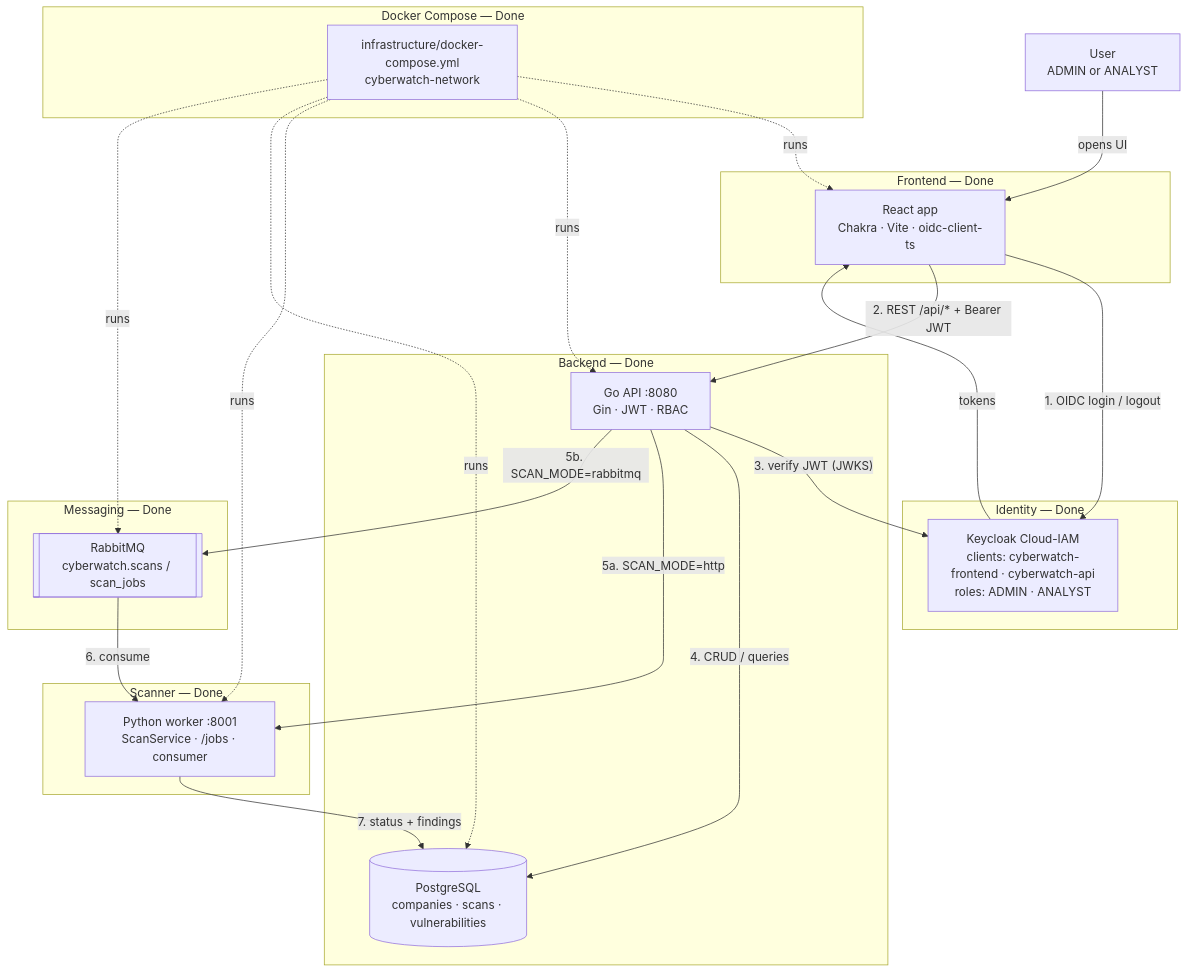
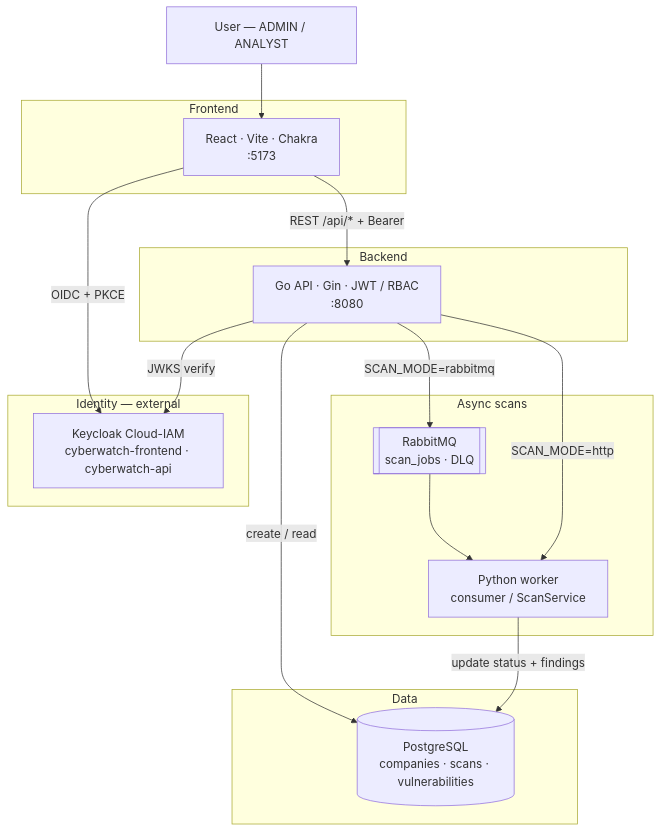
The first of 5 diagrams in README.md (ChakerYaakoub/CyberWatch), drawn with Mermaid before and after one commit. The commit also changed other lines of this file and 7 other files, not shown here.

Commit message:
fix(docs): rewrite README for current stack and add planned architecture

````diff
--- a/README.md
+++ b/README.md
@@ -48,45 +46,35 @@
 ```mermaid
 flowchart TB
-  User["User<br/>ADMIN or ANALYST"]
+  User["User — ADMIN / ANALYST"]
 
-  subgraph Client["Frontend — Done"]
-    FE["React app<br/>Chakra · Vite · oidc-client-ts"]
+  subgraph UI["Frontend"]
+    FE["React · Vite · Chakra<br/>:5173"]
   end
 
-  subgraph IdP["Identity — Done"]
-    KC["Keycloak Cloud-IAM<br/>clients: cyberwatch-frontend · cyberwatch-api<br/>roles: ADMIN · ANALYST"]
+  subgraph IdP["Identity — external"]
+    KC["Keycloak Cloud-IAM<br/>cyberwatch-frontend · cyberwatch-api"]
   end
 
-  subgraph APILayer["Backend — Done"]
-    API["Go API :8080<br/>Gin · JWT · RBAC"]
-    DB[("PostgreSQL<br/>companies · scans · vulnerabilities")]
+  subgraph API["Backend"]
+    GO["Go API · Gin · JWT / RBAC<br/>:8080"]
   end
 
-  subgraph Scanner["Scanner — Done"]
-    Worker["Python worker :8001<br/>ScanService · /jobs · consumer"]
+  subgraph Data["Data"]
+    PG[("PostgreSQL<br/>companies · scans · vulnerabilities")]
   end
 
-  subgraph Bus["Messaging — Done"]
-    MQ[["RabbitMQ<br/>cyberwatch.scans / scan_jobs"]]
+  subgraph Async["Async scans"]
+    MQ[["RabbitMQ<br/>scan_jobs · DLQ"]]
+    WK["Python worker<br/>consumer / ScanService"]
   end
 
-  subgraph Docker["Docker Compose — Done"]
-    DC["infrastructure/docker-compose.yml<br/>cyberwatch-network"]
-  end
-
-  User -->|"opens UI"| FE
-  FE -->|"1. OIDC login / logout"| KC
-  KC -->|"tokens"| FE
-  FE -->|"2. REST /api/* + Bearer JWT"| API
-  API -->|"3. verify JWT (JWKS)"| KC
-  API -->|"4. CRUD / queries"| DB
-  API -->|"5a. SCAN_MODE=http"| Worker
-  API -->|"5b. SCAN_MODE=rabbitmq"| MQ
-  MQ -->|"6. consume"| Worker
-  Worker -->|"7. status + findings"| DB
-  DC -.->|"runs"| FE
-  DC -.->|"runs"| API
-  DC -.->|"runs"| Worker
-  DC -.->|"runs"| DB
-  DC -.->|"runs"| MQ
+  User --> FE
+  FE -->|"OIDC + PKCE"| KC
+  FE -->|"REST /api/* + Bearer"| GO
+  GO -->|"JWKS verify"| KC
+  GO -->|"create / read"| PG
+  GO -->|"SCAN_MODE=rabbitmq"| MQ
+  GO -->|"SCAN_MODE=http"| WK
+  MQ --> WK
+  WK -->|"update status + findings"| PG
 ```
````
